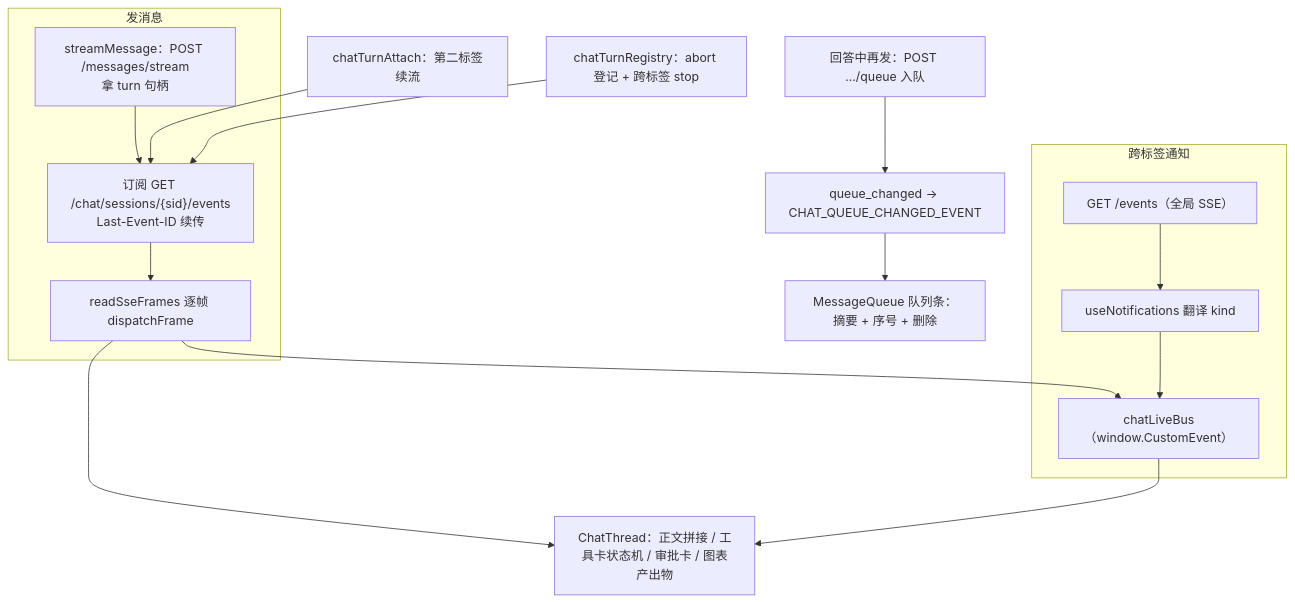
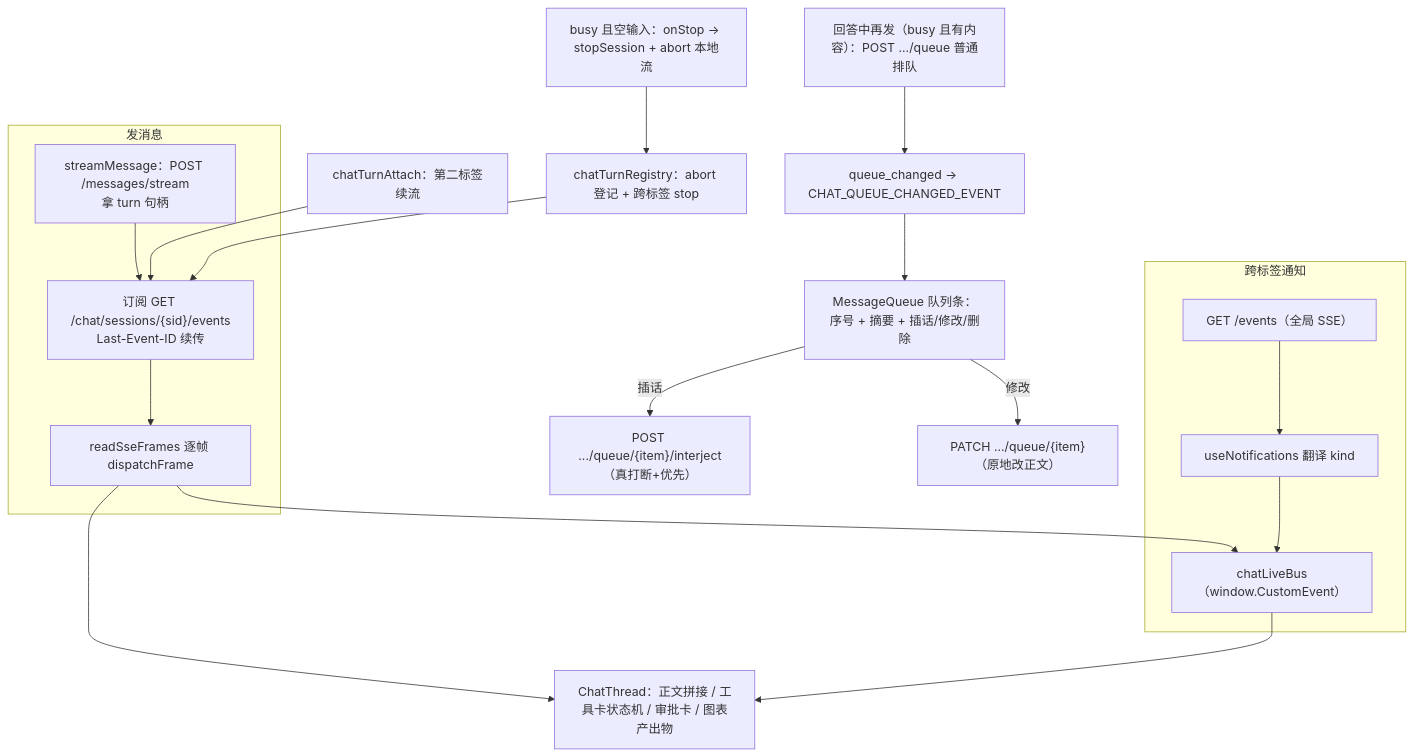
One commit to isfangmk/crewlab changed the second of 2 diagrams in backend/app/knowledge_base/concepts/前端架构.md. Above: the diagram before and after it, drawn with Mermaid. The commit also changed other lines of this file and 6 other files, not shown here.

First line of the commit message:
docs+test: 同步插话真打断与三态知识库，新增 GUI 截图证据

````diff
--- a/backend/app/knowledge_base/concepts/前端架构.md
+++ b/backend/app/knowledge_base/concepts/前端架构.md
@@ -59,18 +59,21 @@
 ```mermaid
 flowchart TD
   subgraph SEND["发消息"]
     A["streamMessage：POST /messages/stream<br/>拿 turn 句柄"] --> B["订阅 GET /chat/sessions/{sid}/events<br/>Last-Event-ID 续传"]
     B --> C["readSseFrames 逐帧 dispatchFrame"]
   end
   C --> D["ChatThread：正文拼接 / 工具卡状态机 / 审批卡 / 图表产出物"]
   C --> E["chatLiveBus（window.CustomEvent）"]
   subgraph NOTIFY["跨标签通知"]
     N["GET /events（全局 SSE）"] --> UN["useNotifications 翻译 kind"]
     UN --> E
   end
   E --> D
   ATTACH["chatTurnAttach：第二标签续流"] --> B
   REG["chatTurnRegistry：abort 登记 + 跨标签 stop"] --> B
-  QUEUE["回答中再发：POST .../queue 入队"] --> QN["queue_changed → CHAT_QUEUE_CHANGED_EVENT"]
-  QN --> MQ["MessageQueue 队列条：摘要 + 序号 + 删除"]
+  QUEUE["回答中再发（busy 且有内容）：POST .../queue 普通排队"] --> QN["queue_changed → CHAT_QUEUE_CHANGED_EVENT"]
+  QN --> MQ["MessageQueue 队列条：序号 + 摘要 + 插话/修改/删除"]
+  MQ -->|插话| IJ["POST .../queue/{item}/interject（真打断+优先）"]
+  MQ -->|修改| UP["PATCH .../queue/{item}（原地改正文）"]
+  STOP["busy 且空输入：onStop → stopSession + abort 本地流"] --> REG
 ```
````
